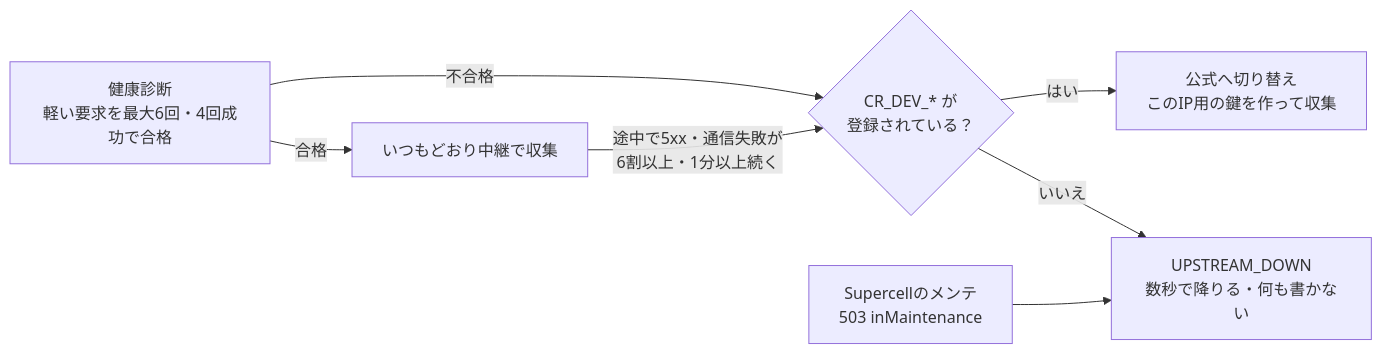
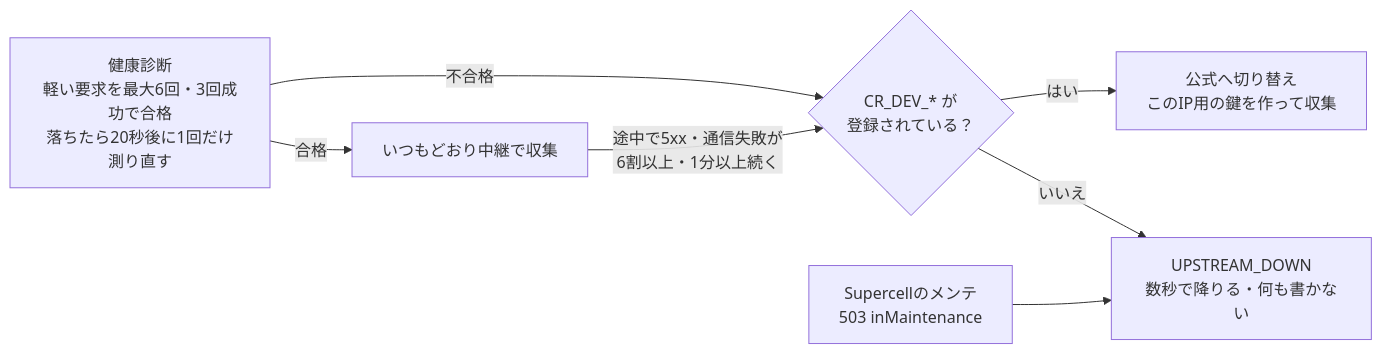
One commit to rea-fi-lia/clash-royale-deck changed the second of 2 diagrams in docs/data-collection.md. Above: the diagram before and after it, drawn with Mermaid. The commit also changed 2 other files, not shown here.

Commit message:
tune(collection): 健康診断の合格ラインを甘めにする（6回中3回・落ちたら20秒後に1回だけ測り直す）
偽の「停止」判定は1時間分の収集を丸ごと見送る（75分ルールが崩れる）。
「6回中4回」だと、中継が8割だけ生きている半端な時にも約10%の確率でそれが起きる。
偽の「生きている」は、収集途中の回路遮断（6割失敗が1分続いたら止める）が1〜2分で拾うので、安い側に倒す。

実測：変更後の最初の本番の回（2026-10-03 14:16〜14:35 JST）は健康診断4/4で合格し、
対戦履歴 9,000人中9,000人成功・429は0で完了。停止中の取りこぼしは「前回取得から25戦以上進んでいた人数」が
ふだん約900人のところ1,979人＝上乗せ約1,100人分（直近25戦しか返らないので戻らない）。

テスト：97本合格。「測り直しを外す」「合格ラインを4に戻す」でわざと壊すと狙ったテストが落ちることを確認。

Claude-Session: https://claude.ai/code/session_01CqJXxjgqeNRzhFCCgA1rSP

````diff
--- a/docs/data-collection.md
+++ b/docs/data-collection.md
@@ -91,9 +91,9 @@
 ```mermaid
 flowchart LR
-  P["健康診断<br/>軽い要求を最大6回・4回成功で合格"] -->|合格| C["いつもどおり中継で収集"]
+  P["健康診断<br/>軽い要求を最大6回・3回成功で合格<br/>落ちたら20秒後に1回だけ測り直す"] -->|合格| C["いつもどおり中継で収集"]
   P -->|不合格| K{"CR_DEV_* が<br/>登録されている？"}
   K -->|はい| O["公式へ切り替え<br/>このIP用の鍵を作って収集"]
   K -->|いいえ| D["UPSTREAM_DOWN<br/>数秒で降りる・何も書かない"]
   C -->|"途中で5xx・通信失敗が<br/>6割以上・1分以上続く"| K
   M["Supercellのメンテ<br/>503 inMaintenance"] --> D
 ```
````
